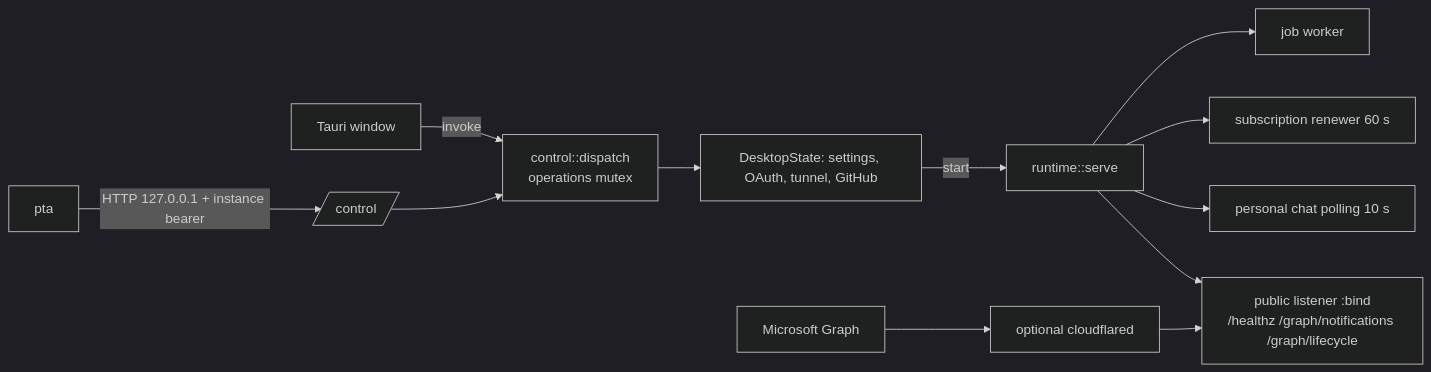
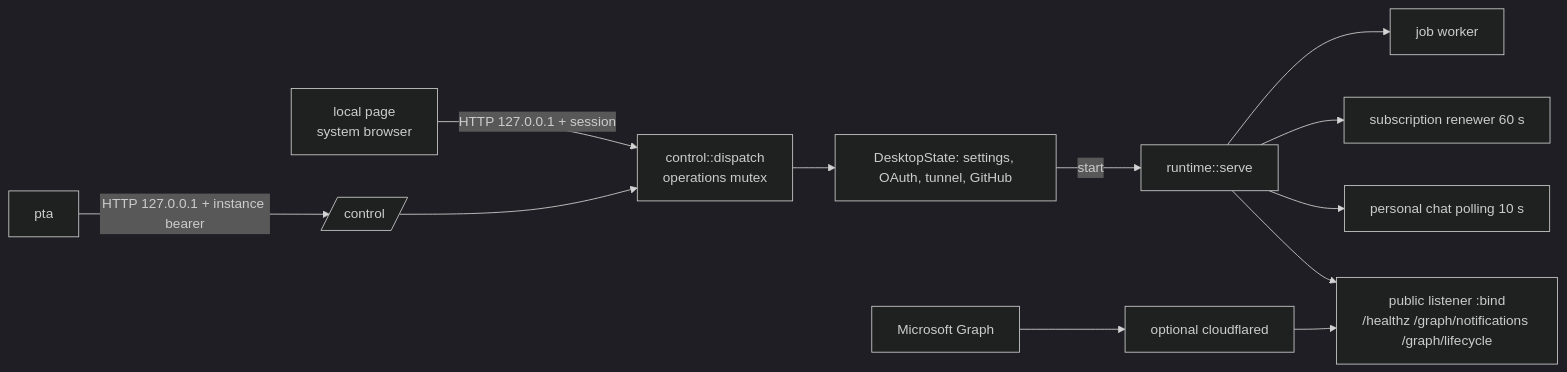
One commit to elvisbrevi/personal-teams-assistant changed the first of 2 diagrams in docs/architecture.md. Above: the diagram before and after it, drawn with Mermaid (dark theme). The commit also changed other lines of this file and 62 other files, not shown here.

````diff
--- a/docs/architecture.md
+++ b/docs/architecture.md
@@ -116,13 +115,13 @@
 ```mermaid
 flowchart LR
-  GUI[Tauri window] -- invoke --> D[control::dispatch<br/>operations mutex]
+  GUI[local page<br/>system browser] -- HTTP 127.0.0.1 + session --> D[control::dispatch<br/>operations mutex]
   CLI[pta] -- HTTP 127.0.0.1 + instance bearer --> IPC[/control/] --> D
   D --> HOST[DesktopState: settings, OAuth, tunnel, GitHub]
   HOST -- start --> RT[runtime::serve]
   RT --> W[job worker]
   RT --> R[subscription renewer 60 s]
   RT --> P[personal chat polling 10 s]
   RT --> L[public listener :bind<br/>/healthz /graph/notifications /graph/lifecycle]
   T[optional cloudflared] --> L
   Graph[Microsoft Graph] --> T
 ```
````
